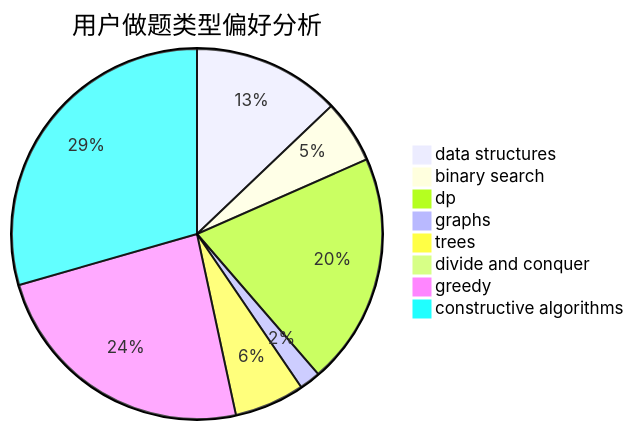
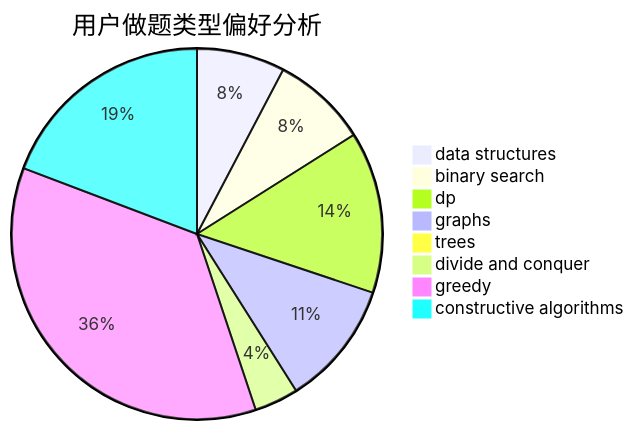
Before and after one commit to sherpahu/cfrs.github.io: the second of 3 diagrams in docs/user/u1301.md, drawn with Mermaid. The commit also changed other lines of this file and 2770 other files, not shown here.

````diff
--- a/docs/user/u1301.md
+++ b/docs/user/u1301.md
@@ -23,11 +23,11 @@
 ```mermaid
 pie title 用户做题类型偏好分析
-    "data structures" :  21
-    "binary search" :  9
-    "dp" :  33
-    "graphs" :  3
-    "trees" :  10
-    "divide and conquer" :  1
-    "greedy" :  39
-    "constructive algorithms" :  48
+    "data structures" :  24
+    "binary search" :  26
+    "dp" :  44
+    "graphs" :  34
+    "trees" :  1
+    "divide and conquer" :  12
+    "greedy" :  112
+    "constructive algorithms" :  60
 ```
````
